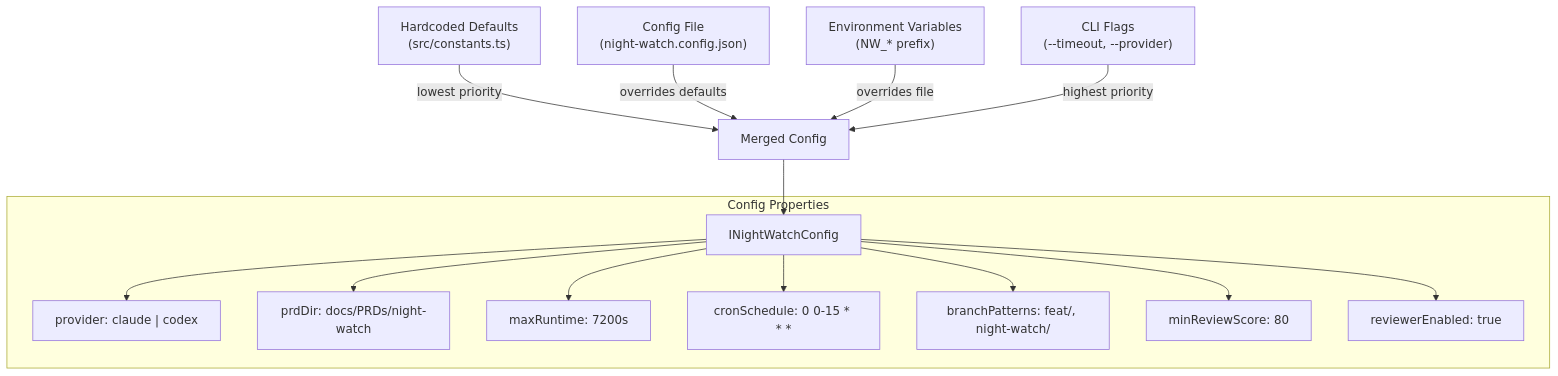
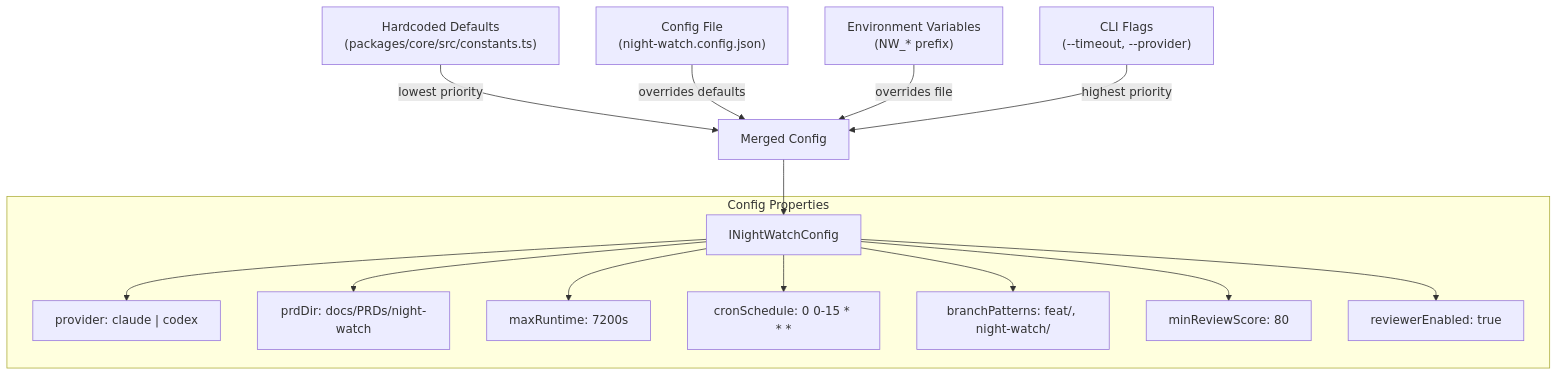
One commit to jonit-dev/night-watch-cli changed the fifth of 9 diagrams in docs/architecture-overview.md. Above: the diagram before and after it, drawn with Mermaid. The commit also changed other lines of this file and 67 other files, not shown here.

````diff
--- a/docs/architecture-overview.md
+++ b/docs/architecture-overview.md
@@ -190,19 +196,19 @@
 ```mermaid
 graph TD
-    D["Hardcoded Defaults<br/>(src/constants.ts)"] -->|lowest priority| M["Merged Config"]
+    D["Hardcoded Defaults<br/>(packages/core/src/constants.ts)"] -->|lowest priority| M["Merged Config"]
     F["Config File<br/>(night-watch.config.json)"] -->|overrides defaults| M
     E["Environment Variables<br/>(NW_* prefix)"] -->|overrides file| M
     C["CLI Flags<br/>(--timeout, --provider)"] -->|highest priority| M
 
     M --> Final["INightWatchConfig"]
 
     subgraph "Config Properties"
         Final --> P1["provider: claude | codex"]
         Final --> P2["prdDir: docs/PRDs/night-watch"]
         Final --> P3["maxRuntime: 7200s"]
         Final --> P4["cronSchedule: 0 0-15 * * *"]
         Final --> P5["branchPatterns: feat/, night-watch/"]
         Final --> P6["minReviewScore: 80"]
         Final --> P7["reviewerEnabled: true"]
     end
 ```
````
